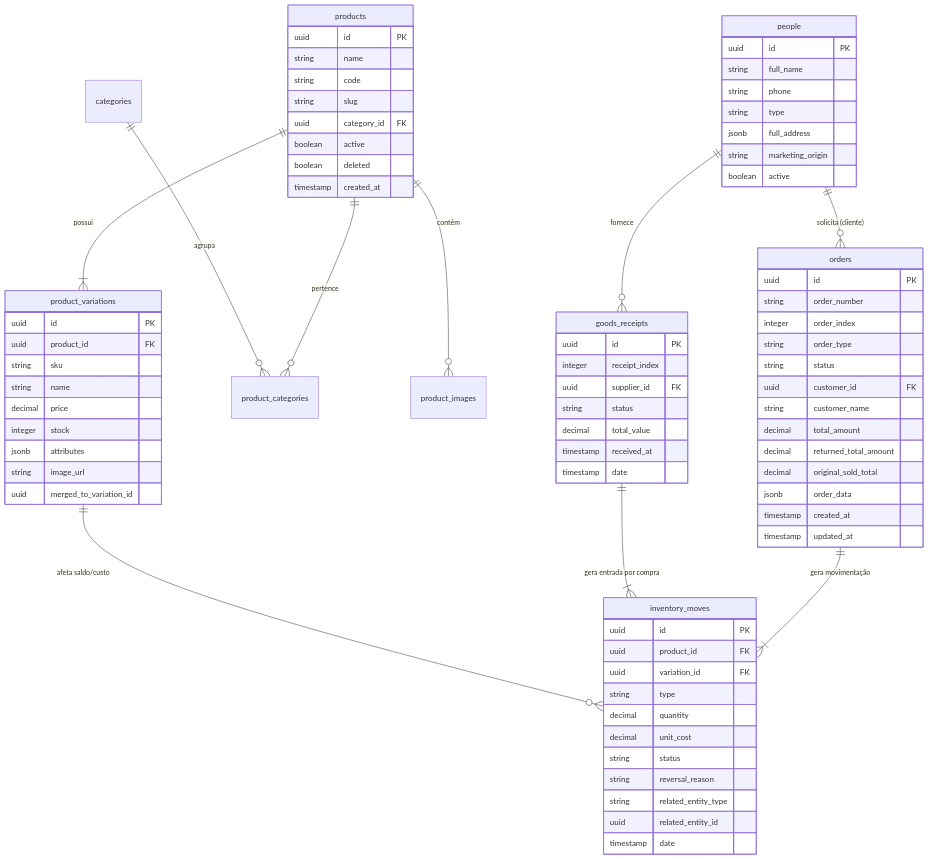
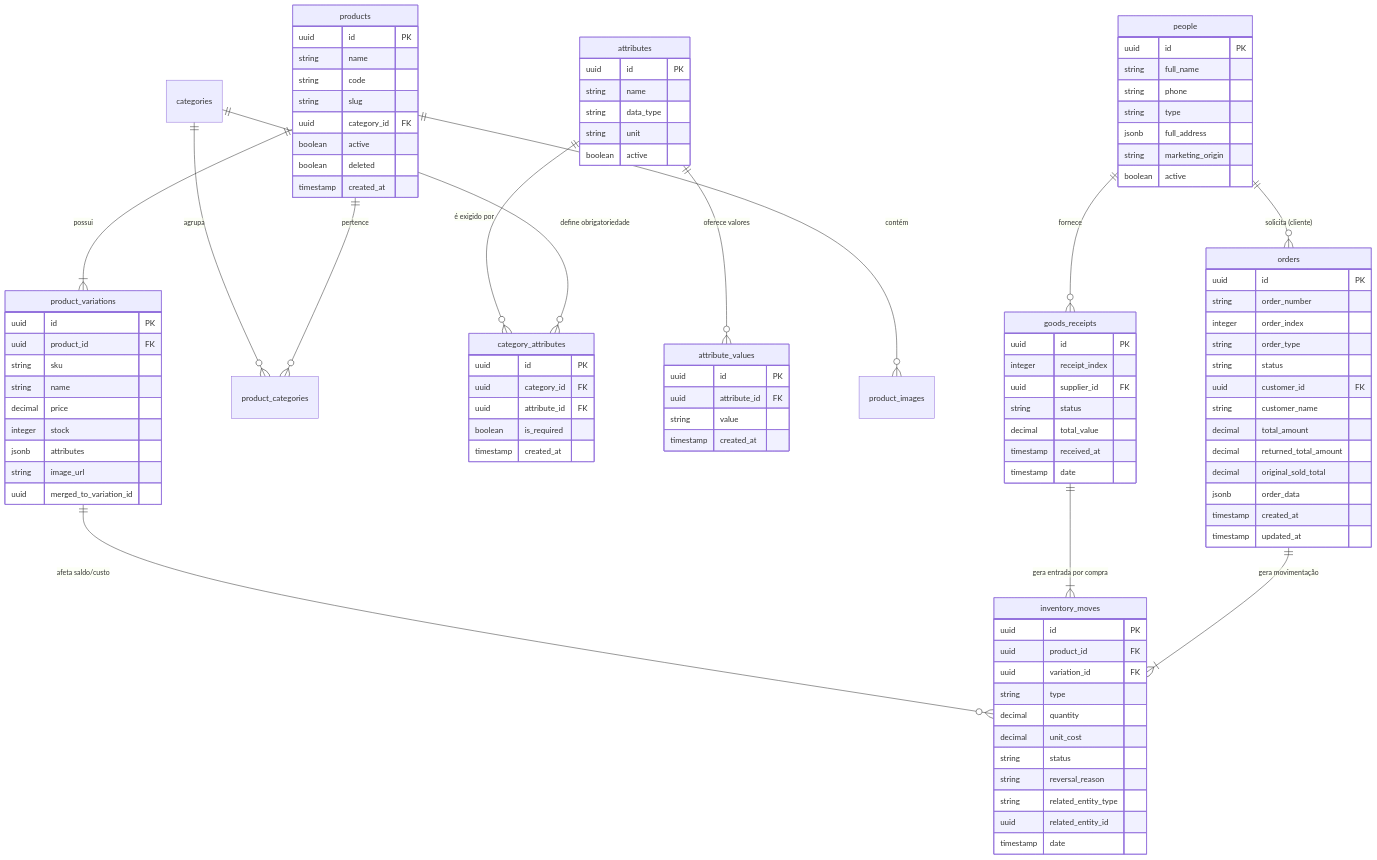
One commit to matheusmorante/moveismorantehub changed the diagram in docs/arquitetura/modelo-de-dados-e-schemas.md. Above: the diagram before and after it, drawn with Mermaid. The commit also changed 165 other files, not shown here.

```diff
--- a/docs/arquitetura/modelo-de-dados-e-schemas.md
+++ b/docs/arquitetura/modelo-de-dados-e-schemas.md
@@ -11,6 +11,9 @@
     products ||--|{ product_variations : "possui"
     products ||--o{ product_categories : "pertence"
     categories ||--o{ product_categories : "agrupa"
+    categories ||--o{ category_attributes : "define obrigatoriedade"
+    attributes ||--o{ category_attributes : "é exigido por"
+    attributes ||--o{ attribute_values : "oferece valores"
     products ||--o{ product_images : "contém"
     
     people ||--o{ orders : "solicita (cliente)"
@@ -59,6 +62,29 @@
         uuid merged_to_variation_id
     }
 
+    attributes {
+        uuid id PK
+        string name
+        string data_type
+        string unit
+        boolean active
+    }
+
+    category_attributes {
+        uuid id PK
+        uuid category_id FK
+        uuid attribute_id FK
+        boolean is_required
+        timestamp created_at
+    }
+
+    attribute_values {
+        uuid id PK
+        uuid attribute_id FK
+        string value
+        timestamp created_at
+    }
+
     inventory_moves {
         uuid id PK
         uuid product_id FK
```
